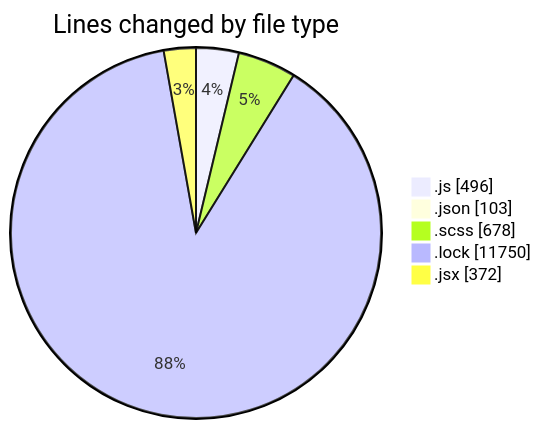
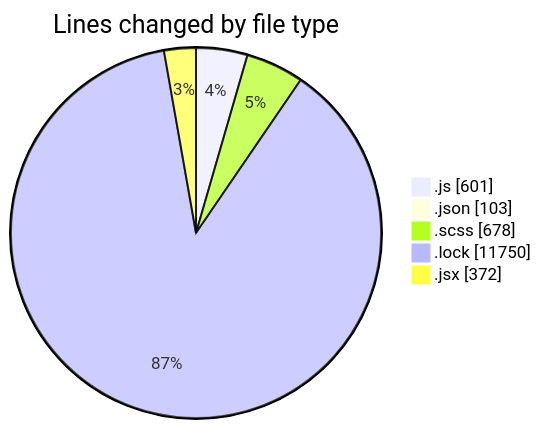
One commit to momahboobian/code-tracking changed the first of 2 diagrams in 2026-01-08/cda/README.md. Above: the diagram before and after it, drawn with Mermaid. The commit also changed other lines of this file and 1 other file, not shown here.

````diff
--- a/2026-01-08/cda/README.md
+++ b/2026-01-08/cda/README.md
@@ -38,9 +39,9 @@
 ```mermaid
 pie showData
 title Lines changed by file type
-".js" : 496
+".js" : 601
 ".json" : 103
 ".scss" : 678
 ".lock" : 11750
 ".jsx" : 372
 ```
````
